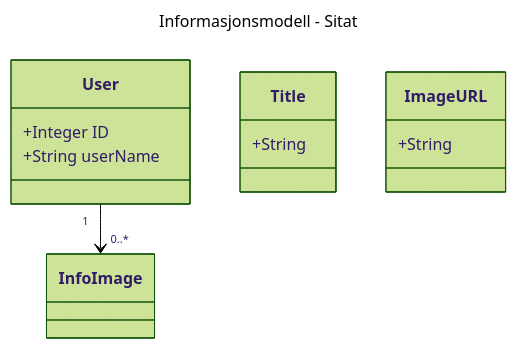
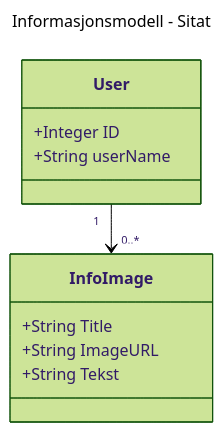
The first of 3 diagrams in doc/quote-spesifikasjon.md (Morroklumpen/FRONTEND-official-2024), drawn with Mermaid (forest theme) before and after one commit.

````diff
--- a/doc/quote-spesifikasjon.md
+++ b/doc/quote-spesifikasjon.md
@@ -26,14 +26,15 @@
 ```mermaid
 ---
 title: Informasjonsmodell - Sitat
 ---
 classDiagram
     class User
       User:  +Integer ID
       User: +String userName
     class InfoImage
-      Title : +String
-      ImageURL: +String
+      InfoImage : +String Title
+      InfoImage: +String ImageURL
+      InfoImage: +String Tekst
 
     User "1" --> "0..*" InfoImage
 ```
````
